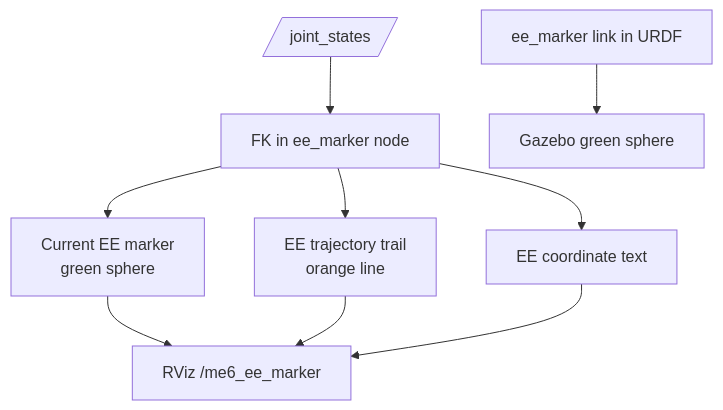
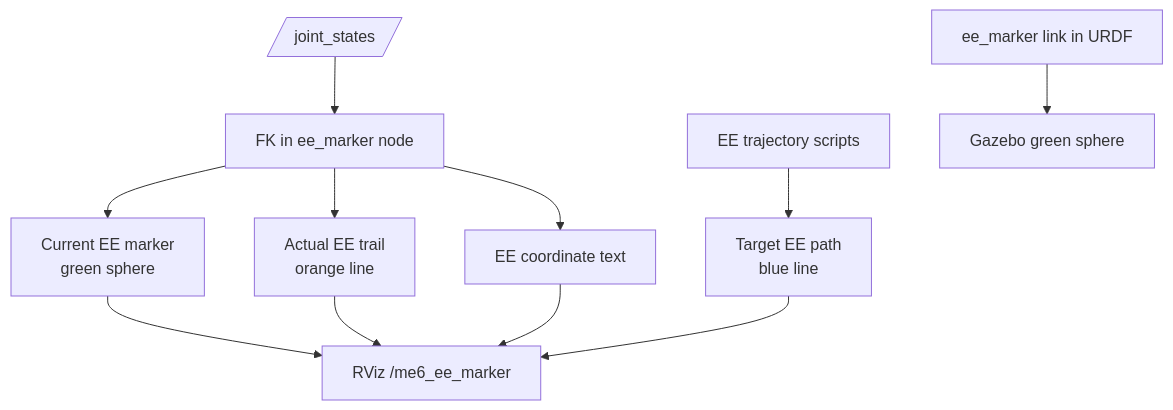
One commit to Tomoya-Oku/Expressive_Robot_Control changed the second of 2 diagrams in Homework-3/README_EN.md. Above: the diagram before and after it, drawn with Mermaid. The commit also changed other lines of this file and 3 other files, not shown here.

````diff
--- a/Homework-3/README_EN.md
+++ b/Homework-3/README_EN.md
@@ -157,11 +157,13 @@
 ```mermaid
 flowchart TD
   JS[/joint_states/] --> FK[FK in ee_marker node]
   FK --> SPHERE[Current EE marker<br/>green sphere]
-  FK --> TRAIL[EE trajectory trail<br/>orange line]
+  FK --> TRAIL[Actual EE trail<br/>orange line]
   FK --> TEXT[EE coordinate text]
+  SCRIPT[EE trajectory scripts] --> TARGET[Target EE path<br/>blue line]
   SPHERE --> RV[RViz /me6_ee_marker]
   TRAIL --> RV
   TEXT --> RV
+  TARGET --> RV
   URDF[ee_marker link in URDF] --> GZ[Gazebo green sphere]
 ```
````
